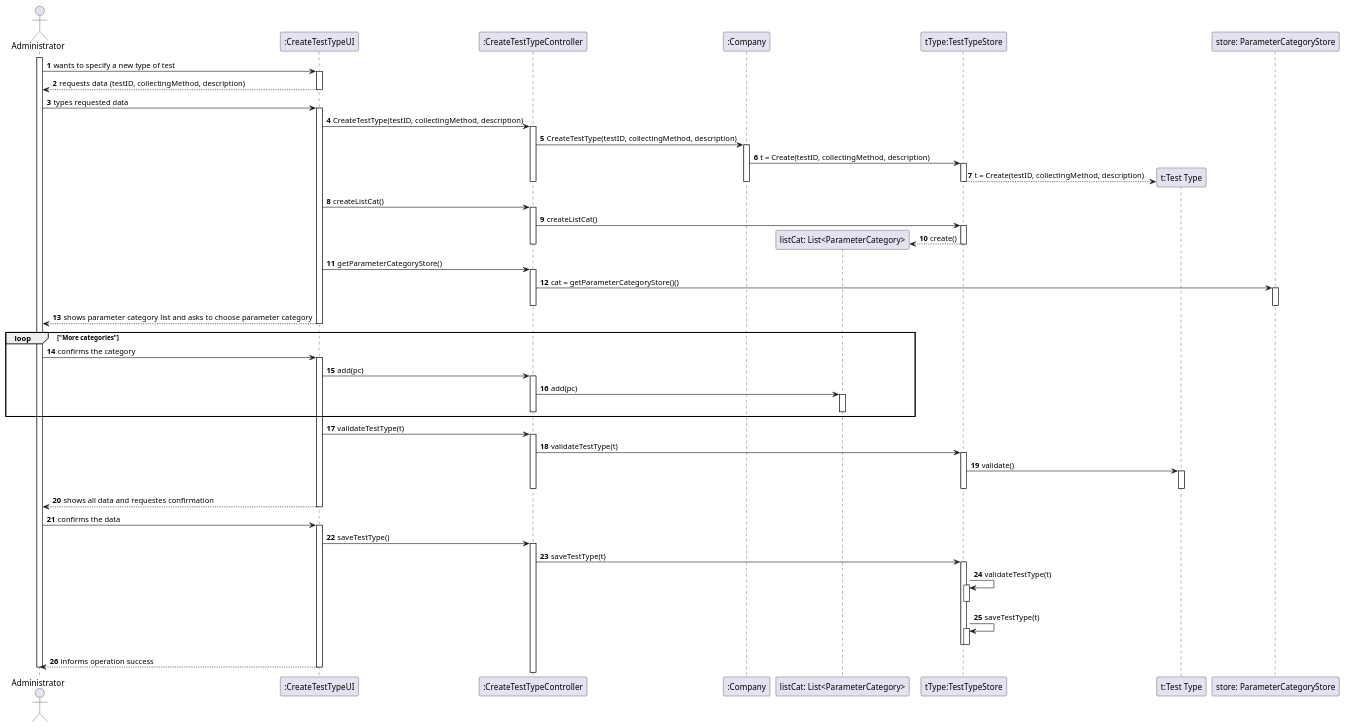
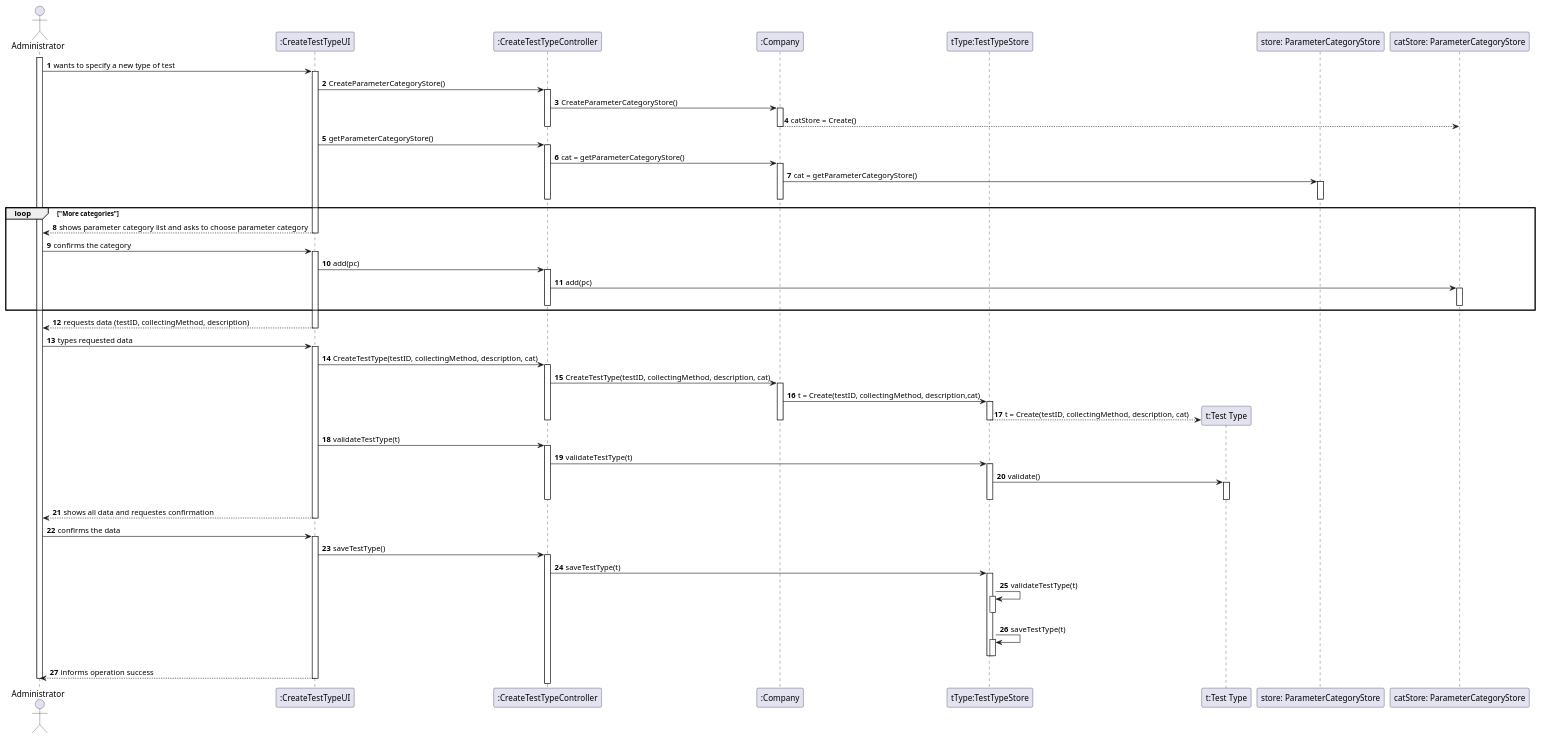
The diagram in docs/SprintB/US09/US9_SD.puml (MarianaCLages/LAPR2), drawn with PlantUML before and after one commit.

Commit message:
US9: SD final

```diff
--- a/docs/SprintB/US09/US9_SD.puml
+++ b/docs/SprintB/US09/US9_SD.puml
@@ -1,99 +1,103 @@
 @startuml
 autonumber
 actor Administrator as A
 participant ":CreateTestTypeUI" as UI
 participant ":CreateTestTypeController" as CTRL
 participant ":Company" as C
-participant "listCat: List<ParameterCategory>" as listCat
 participant "tType:TestTypeStore" as STO
 participant "t:Test Type" as T
 participant "store: ParameterCategoryStore" as CAT
-
+participant "catStore: ParameterCategoryStore" as CatStore
 activate A
 A -> UI: wants to specify a new type of test
 activate UI
-UI --> A: requests data (testID, collectingMethod, description)
-deactivate UI
-A -> UI: types requested data
-activate UI
-UI -> CTRL: CreateTestType(testID, collectingMethod, description)
+
+
+UI -> CTRL: CreateParameterCategoryStore()
 activate CTRL
-CTRL -> C: CreateTestType(testID, collectingMethod, description)
+CTRL->C: CreateParameterCategoryStore()
 activate C
-C -> STO: t = Create(testID, collectingMethod, description)
-activate STO
-STO--> T**: t = Create(testID, collectingMethod, description)
+C--> CatStore : catStore = Create()
+deactivate C
 
 deactivate STO
+deactivate CTRL
+
+
+UI -> CTRL: getParameterCategoryStore()
+activate CTRL
+CTRL -> C : cat = getParameterCategoryStore()
+activate C
+C->CAT: cat = getParameterCategoryStore()
+activate CAT
+deactivate CAT
 deactivate C
 deactivate CTRL
 
-UI -> CTRL: createListCat()
-activate CTRL
-CTRL -> STO: createListCat()
-activate STO
-STO --> listCat**: create()
-deactivate STO
-deactivate CTRL
-
-UI -> CTRL: getParameterCategoryStore()
-activate CTRL
-CTRL -> CAT : cat = getParameterCategoryStore()()
-activate CAT
-deactivate CAT
-deactivate CTRL
-
-
+loop "More categories"
 UI --> A: shows parameter category list and asks to choose parameter category
 
 deactivate UI
-loop "More categories"
 A -> UI: confirms the category
 activate UI
 
 UI -> CTRL: add(pc)
 activate CTRL
-CTRL->listCat: add(pc)
-activate listCat
-deactivate listCat
-deactivate listCat
+CTRL->CatStore: add(pc)
+activate CatStore
+deactivate CatStore
 deactivate CTRL
 end
 
+UI --> A: requests data (testID, collectingMethod, description)
+deactivate UI
+A -> UI: types requested data
+activate UI
+UI -> CTRL: CreateTestType(testID, collectingMethod, description, cat)
+activate CTRL
+CTRL -> C: CreateTestType(testID, collectingMethod, description, cat)
+activate C
+C -> STO: t = Create(testID, collectingMethod, description,cat)
+activate STO
+STO--> T**: t = Create(testID, collectingMethod, description, cat)
+
+deactivate STO
+deactivate C
+deactivate CTRL
 
 UI ->CTRL: validateTestType(t)
 activate CTRL
 CTRL -> STO: validateTestType(t)
 activate STO
 STO -> T : validate()
 activate T
 deactivate T
 deactivate STO
 deactivate CTRL
 
 UI --> A: shows all data and requestes confirmation
 deactivate UI
 
 A -> UI: confirms the data
 activate UI
 
 
 
 
 UI-> CTRL : saveTestType()
 activate CTRL
 CTRL -> STO: saveTestType(t)
 activate STO
 STO -> STO : validateTestType(t)
 activate STO
 deactivate STO
 STO -> STO : saveTestType(t)
 activate STO
 deactivate STO
 deactivate STO
 UI --> A: informs operation success
 deactivate UI
 deactivate A
 
 
 @enduml
```
